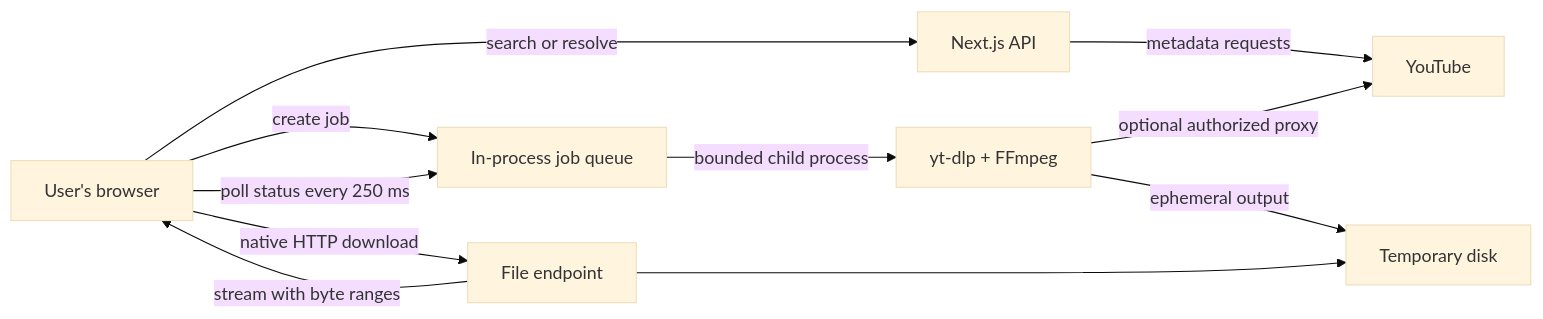
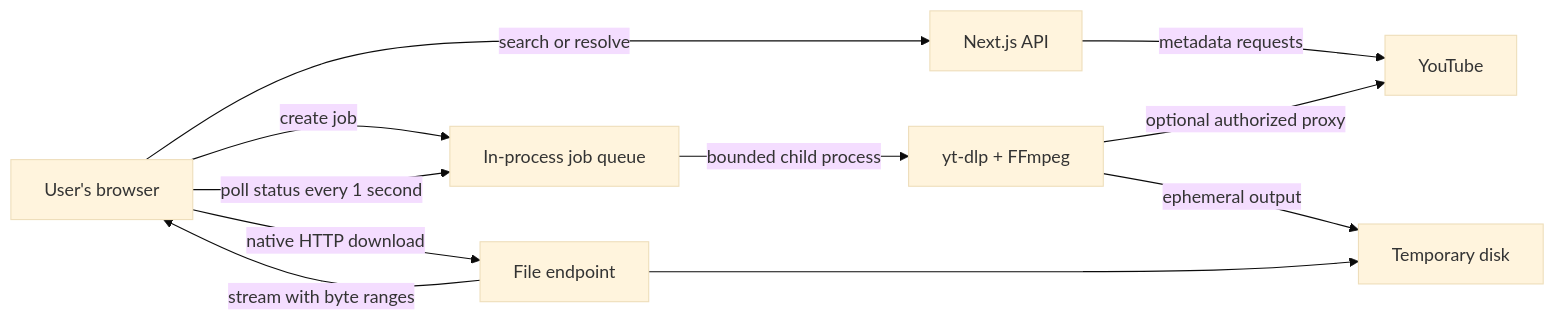
The diagram in apps/downloader/README.md (mateoltd/phantom-media), drawn with Mermaid (base theme) before and after one commit. The commit also changed other lines of this file and 9 other files, not shown here.

````diff
--- a/apps/downloader/README.md
+++ b/apps/downloader/README.md
@@ -27,13 +27,13 @@
 ```mermaid
 flowchart LR
     U["User's browser"] -->|"search or resolve"| A["Next.js API"]
     A -->|"metadata requests"| Y["YouTube"]
     U -->|"create job"| Q["In-process job queue"]
     Q -->|"bounded child process"| D["yt-dlp + FFmpeg"]
     D -->|"optional authorized proxy"| Y
     D -->|"ephemeral output"| T["Temporary disk"]
-    U -->|"poll status every 250 ms"| Q
+    U -->|"poll status every 1 second"| Q
     U -->|"native HTTP download"| F["File endpoint"]
     F --> T
     F -->|"stream with byte ranges"| U
 ```
````
